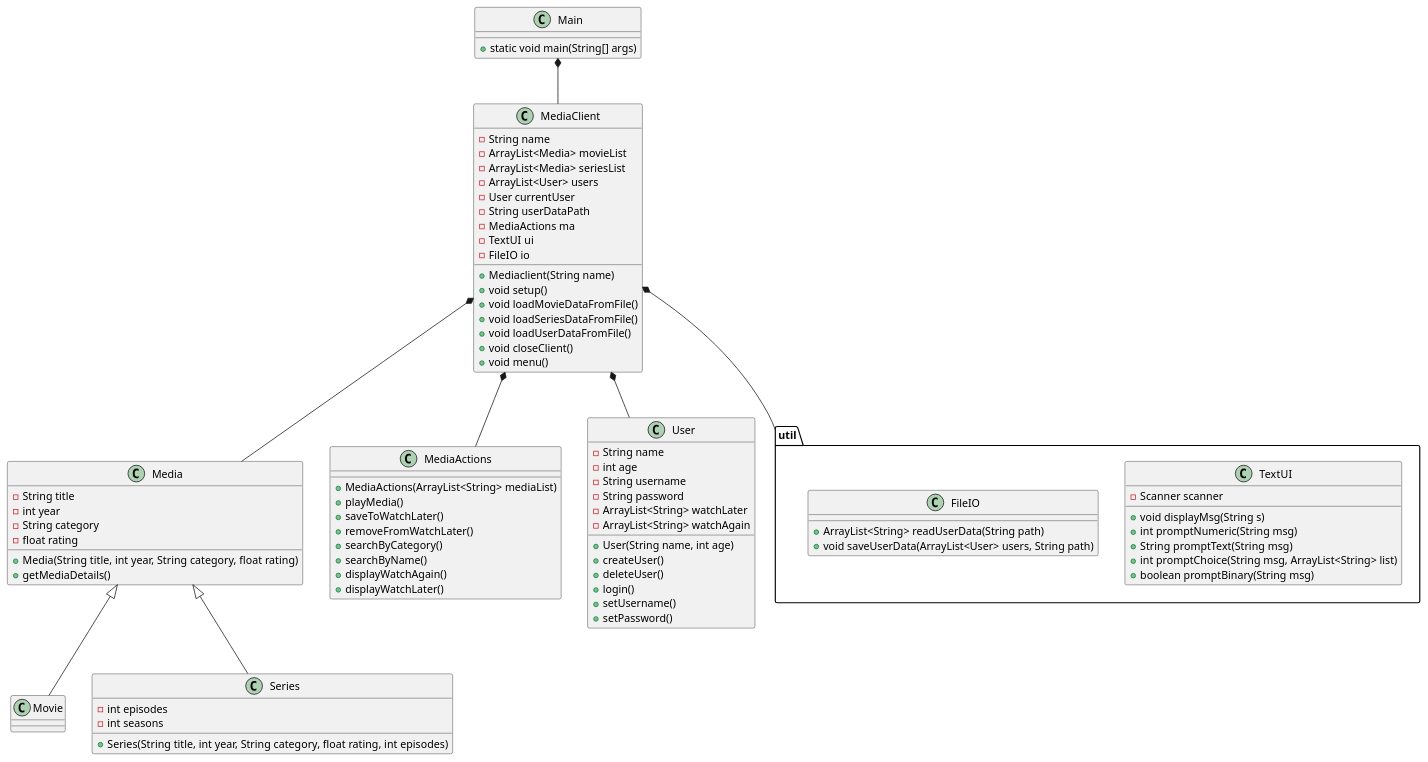
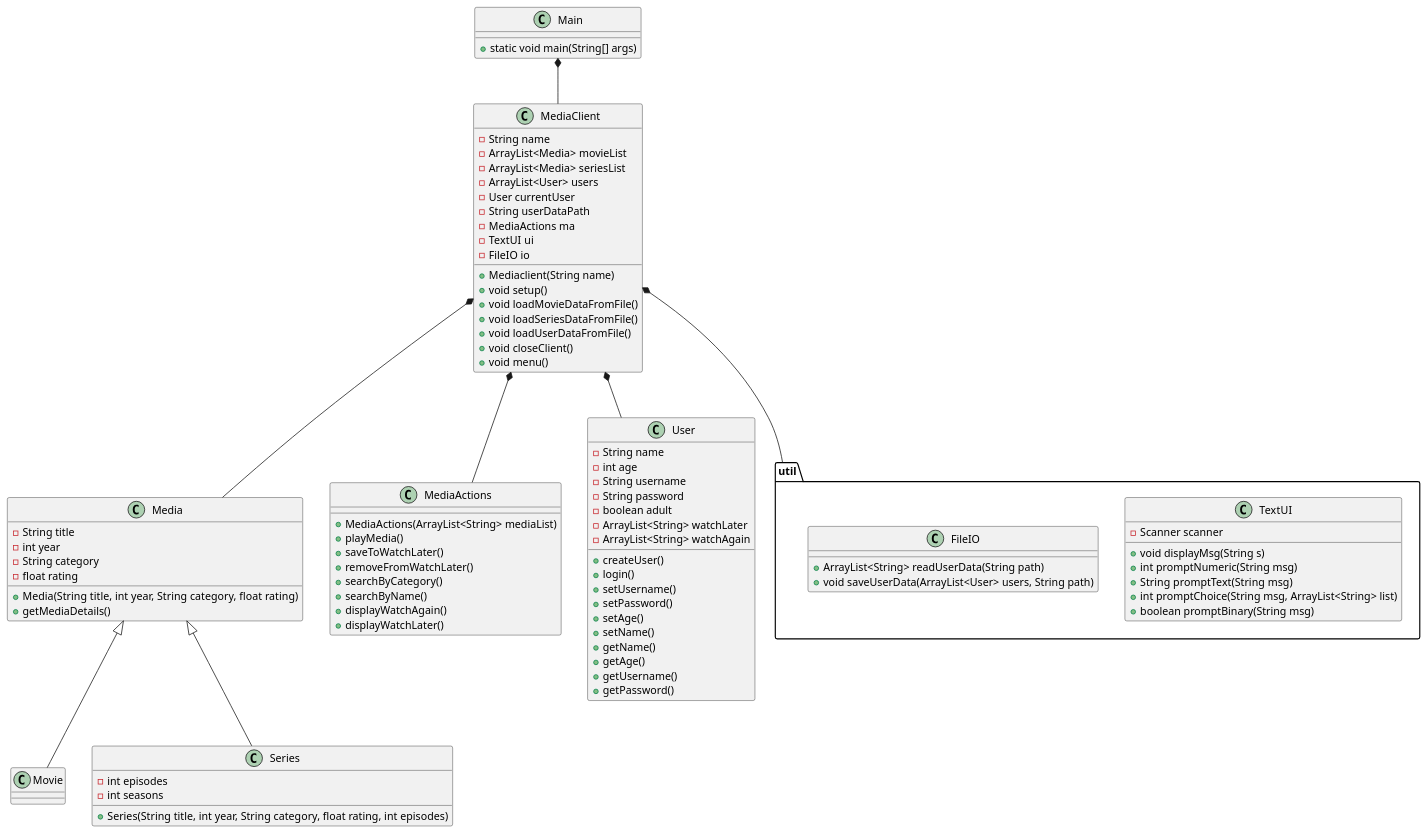
Before and after one commit to b-rino/SP3: the diagram in docs/classdiagram_v0.puml, drawn with PlantUML. The commit also changed 3 other files, not shown here.

```diff
--- a/docs/classdiagram_v0.puml
+++ b/docs/classdiagram_v0.puml
@@ -1,106 +1,111 @@
 @startuml
 class Main{
 + static void main(String[] args)
 }
 
 class Media{
 - String title
 - int year
 - String category
 - float rating
 +Media(String title, int year, String category, float rating)
 +getMediaDetails()
 
 
 }
 
 class MediaClient{
 -String name
 -ArrayList<Media> movieList
 -ArrayList<Media> seriesList
 -ArrayList<User> users
 -User currentUser
 -String userDataPath
 -MediaActions ma
 -TextUI ui
 -FileIO io
 +Mediaclient(String name)
 +void setup()
 +void loadMovieDataFromFile()
 +void loadSeriesDataFromFile()
 +void loadUserDataFromFile()
 +void closeClient()
 +void menu()
 
 }
 
 
 class Movie{
 }
 
 class Series{
 - int episodes
 - int seasons
 +Series(String title, int year, String category, float rating, int episodes)
 }
 
 
 class MediaActions{
 +MediaActions(ArrayList<String> mediaList)
 +playMedia()
 +saveToWatchLater()
 +removeFromWatchLater()
 +searchByCategory()
 +searchByName()
 +displayWatchAgain()
 +displayWatchLater()
 }
 
 class User{
 -String name
 -int age
 -String username
 -String password
+-boolean adult
 -ArrayList<String> watchLater
 -ArrayList<String> watchAgain
-+User(String name, int age)
 +createUser()
-+deleteUser()
 +login()
 '+logout()
 +setUsername()
 +setPassword()
++setAge()
++setName()
++getName()
++getAge()
++getUsername()
++getPassword()
 }
 
 
 package "util" {
 class TextUI{
 - Scanner scanner
 
 +void displayMsg(String s)
 +int promptNumeric(String msg)
 +String promptText(String msg)
 +int promptChoice(String msg, ArrayList<String> list)
 +boolean promptBinary(String msg)
 }
 class FileIO{
 '+void addMediaToFile(Media media, String path)
 '+void removeMediaFromFile(Media media, String path)
 +ArrayList<String> readUserData(String path)
 +void saveUserData(ArrayList<User> users, String path)
 }
 }
 
 MediaClient *-- Media
 Media<|--Series
 Media <|-- Movie
 MediaClient *-- User
 Main *-- MediaClient
 MediaClient *-- "util"
 MediaClient *-- MediaActions
 
 
 
 
 
 @enduml
```
